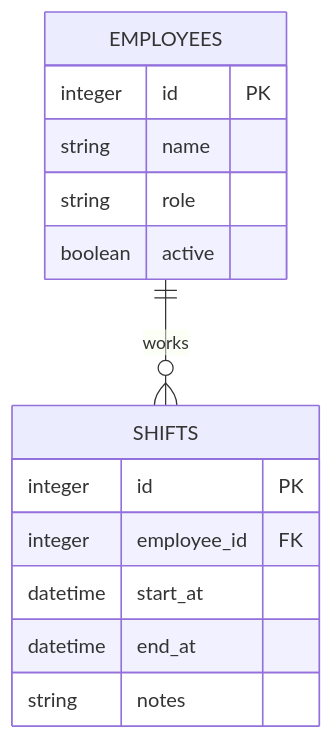
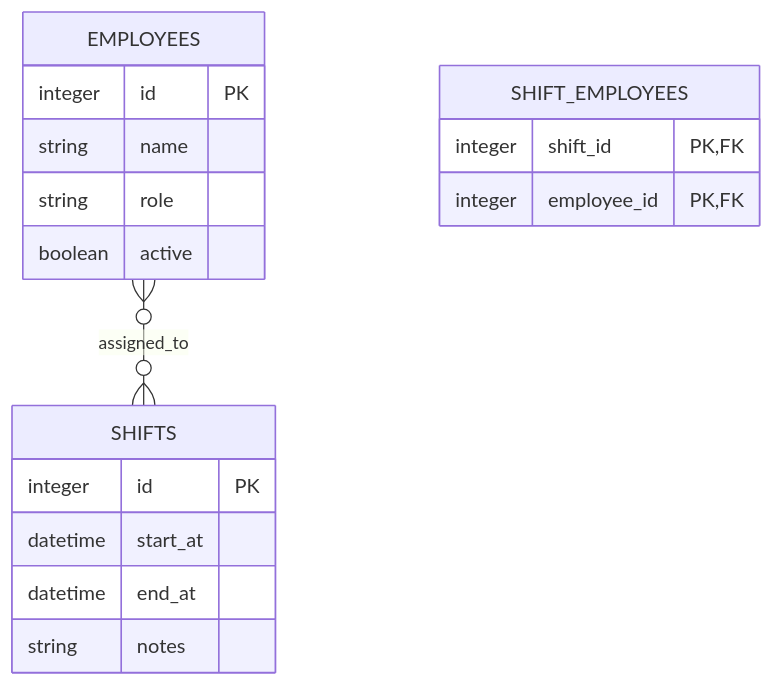
The second of 2 diagrams in docs/ARCHITECTURE.md (BotLeo-Work/Facility-Shift-Scheduler), drawn with Mermaid before and after one commit. The commit also changed other lines of this file and 13 other files, not shown here.

Commit message:
minor styling changing for employees and shift pages. minor changes to input fields on employee and shift form pages. Hooked in schedule to render info from database.

````diff
--- a/docs/ARCHITECTURE.md
+++ b/docs/ARCHITECTURE.md
@@ -38,17 +38,20 @@
 ```mermaid
 erDiagram
-    EMPLOYEES ||--o{ SHIFTS : works
+    EMPLOYEES }o--o{ SHIFTS : assigned_to
     EMPLOYEES {
       integer id PK
       string name
       string role
       boolean active
     }
     SHIFTS {
       integer id PK
-      integer employee_id FK
       datetime start_at
       datetime end_at
       string notes
     }
+    SHIFT_EMPLOYEES {
+      integer shift_id PK, FK
+      integer employee_id PK, FK
+    }
 ```
````
